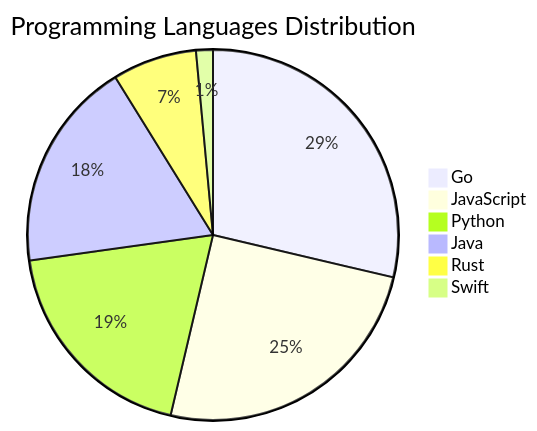
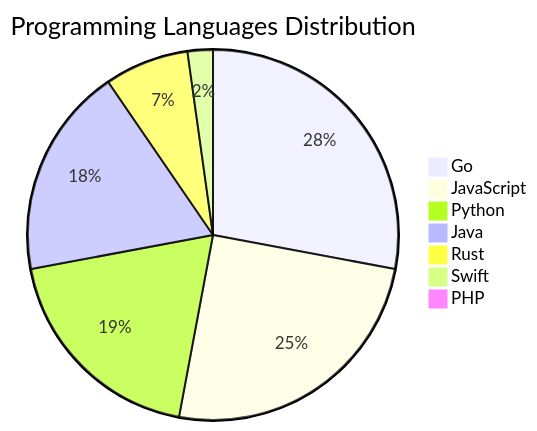
The diagram in README.md (Derrick-MUGISHA/github-activity-bot), drawn with Mermaid before and after one commit. The commit also changed other lines of this file and 4 other files, not shown here.

````diff
--- a/README.md
+++ b/README.md
@@ -206,9 +207,10 @@
 ```mermaid
 pie title Programming Languages Distribution
-    "Go" : 39
+    "Go" : 38
     "JavaScript" : 34
     "Python" : 26
     "Java" : 25
     "Rust" : 10
-    "Swift" : 2
+    "Swift" : 3
+    "PHP" : 1
 ```
````
